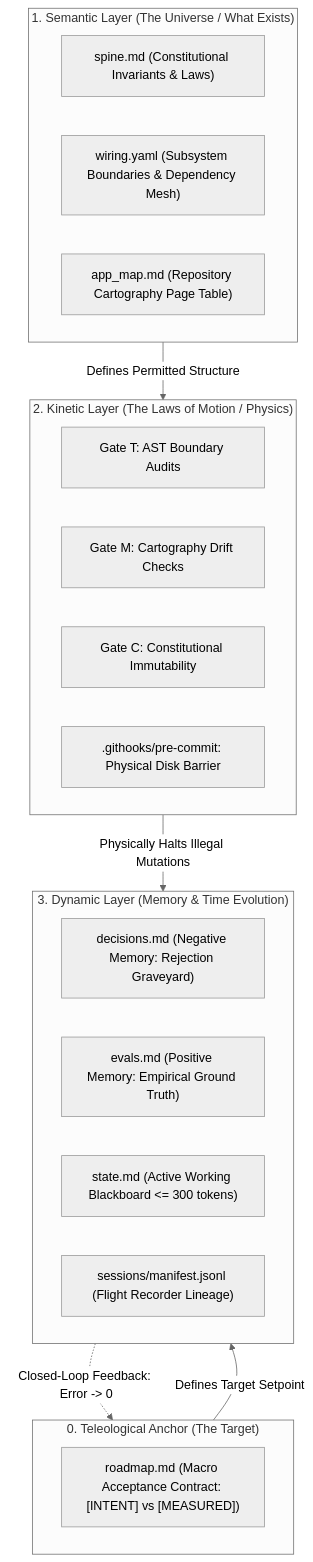
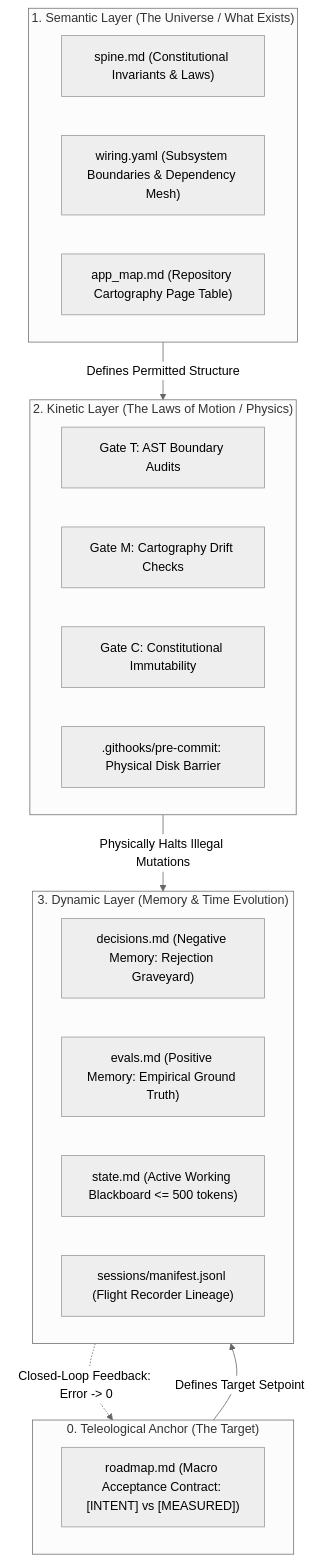
Before and after one commit to adamm285-dev/Spec-Driven-Cognitive-Scaffolding-SDCS: the diagram in docs/wiki/Architecture-&-Cybernetic-Ontology.md, drawn with Mermaid (neutral theme). The commit also changed other lines of this file and 9 other files, not shown here.

````diff
--- a/docs/wiki/Architecture-&-Cybernetic-Ontology.md
+++ b/docs/wiki/Architecture-&-Cybernetic-Ontology.md
@@ -5,31 +5,31 @@
 ```mermaid
 flowchart TD
     subgraph SETPOINT ["0. Teleological Anchor (The Target)"]
         RM["roadmap.md (Macro Acceptance Contract: [INTENT] vs [MEASURED])"]
     end
 
     subgraph SEMANTIC ["1. Semantic Layer (The Universe / What Exists)"]
         SP["spine.md (Constitutional Invariants & Laws)"]
         WY["wiring.yaml (Subsystem Boundaries & Dependency Mesh)"]
         AM["app_map.md (Repository Cartography Page Table)"]
     end
 
     subgraph KINETIC ["2. Kinetic Layer (The Laws of Motion / Physics)"]
         GT["Gate T: AST Boundary Audits"]
         GM["Gate M: Cartography Drift Checks"]
         GC["Gate C: Constitutional Immutability"]
         GH[".githooks/pre-commit: Physical Disk Barrier"]
     end
 
     subgraph DYNAMIC ["3. Dynamic Layer (Memory & Time Evolution)"]
         DM["decisions.md (Negative Memory: Rejection Graveyard)"]
         EV["evals.md (Positive Memory: Empirical Ground Truth)"]
-        ST["state.md (Active Working Blackboard <= 300 tokens)"]
+        ST["state.md (Active Working Blackboard <= 500 tokens)"]
         FR["sessions/manifest.jsonl (Flight Recorder Lineage)"]
     end
 
     SETPOINT -->|Defines Target Setpoint| DYNAMIC
     SEMANTIC -->|Defines Permitted Structure| KINETIC
     KINETIC -->|Physically Halts Illegal Mutations| DYNAMIC
     DYNAMIC -.->|Closed-Loop Feedback: Error -> 0| SETPOINT
 ```
````
